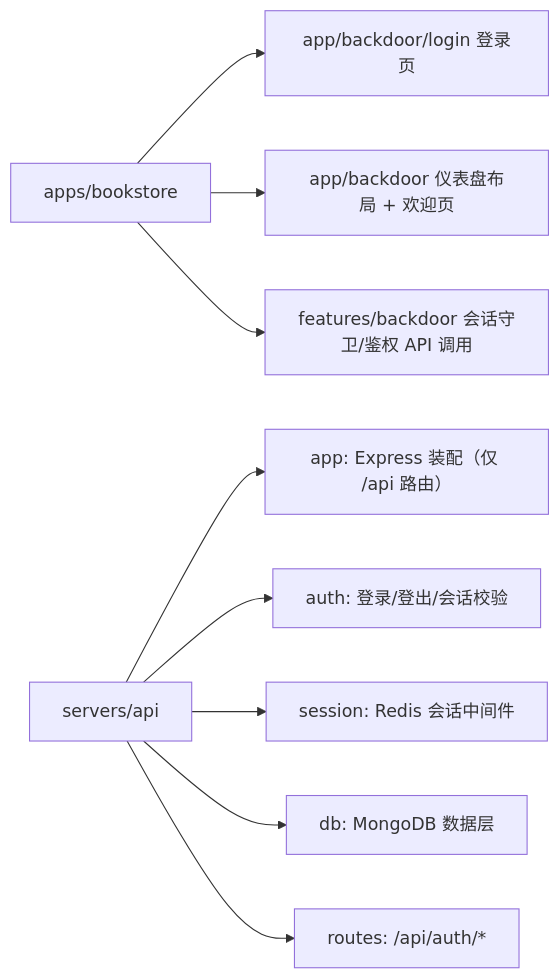
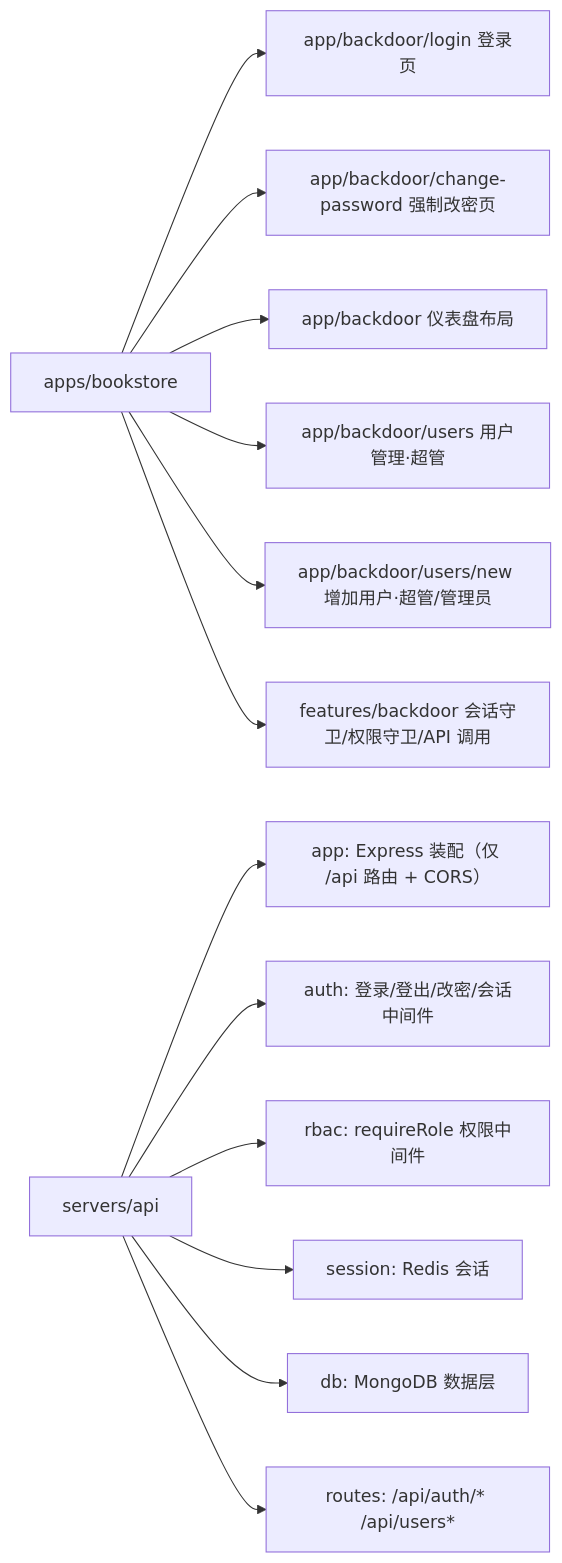
Before and after one commit to Deliay/sumire: the second of 2 diagrams in docs/engineering/proposals/2026-08-12-backdoor-auth-proposal.md, drawn with Mermaid. The commit also changed other lines of this file and 2 other files, not shown here.

First line of the commit message:
docs: 返工修订——角色体系、用户管理、强制改密与密码强度规则

````diff
--- a/docs/engineering/proposals/2026-08-12-backdoor-auth-proposal.md
+++ b/docs/engineering/proposals/2026-08-12-backdoor-auth-proposal.md
@@ -89,11 +92,15 @@
 ```mermaid
 graph LR
     B[apps/bookstore] --> B1[app/backdoor/login 登录页]
-    B --> B2[app/backdoor 仪表盘布局 + 欢迎页]
-    B --> B3[features/backdoor 会话守卫/鉴权 API 调用]
-    A[servers/api] --> C[app: Express 装配（仅 /api 路由）]
-    A --> D[auth: 登录/登出/会话校验]
-    A --> E[session: Redis 会话中间件]
-    A --> F[db: MongoDB 数据层]
-    A --> G[routes: /api/auth/*]
+    B --> B2[app/backdoor/change-password 强制改密页]
+    B --> B3[app/backdoor 仪表盘布局]
+    B --> B4[app/backdoor/users 用户管理·超管]
+    B --> B5[app/backdoor/users/new 增加用户·超管/管理员]
+    B --> B6[features/backdoor 会话守卫/权限守卫/API 调用]
+    A[servers/api] --> C[app: Express 装配（仅 /api 路由 + CORS）]
+    A --> D[auth: 登录/登出/改密/会话中间件]
+    A --> E[rbac: requireRole 权限中间件]
+    A --> F[session: Redis 会话]
+    A --> G[db: MongoDB 数据层]
+    A --> H[routes: /api/auth/* /api/users*]
 ```
````
